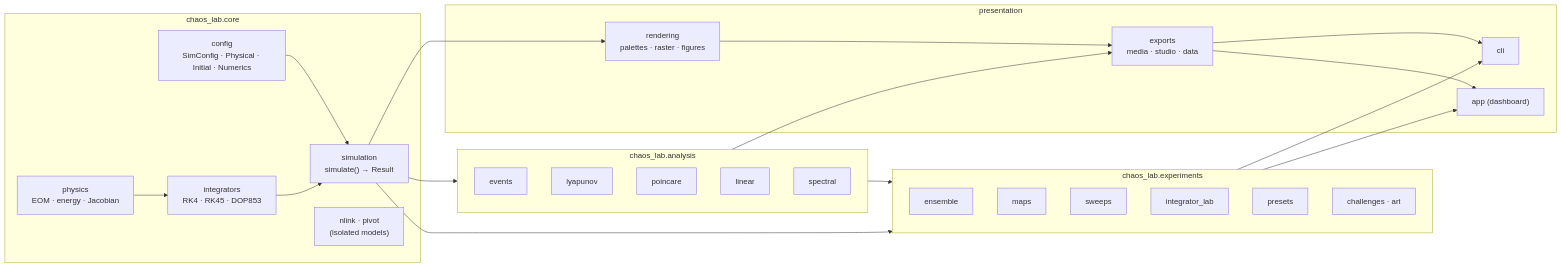
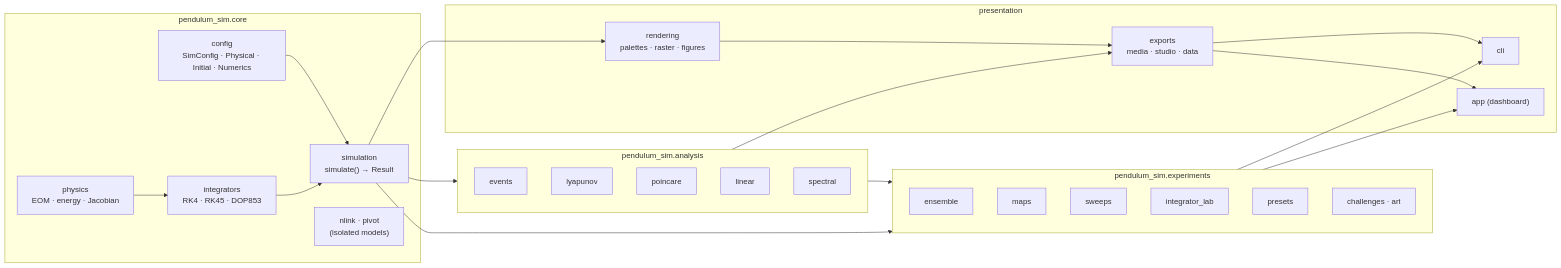
The diagram in docs/architecture.md (Krishiv-Vaid/double-pendulum), drawn with Mermaid before and after one commit. The commit also changed other lines of this file and 149 other files, not shown here.

First line of the commit message:
Rename to Double Pendulum Simulator (package pendulum_sim); CI manual-only

````diff
--- a/docs/architecture.md
+++ b/docs/architecture.md
@@ -3,42 +3,42 @@
 ```mermaid
 flowchart LR
-    subgraph core["chaos_lab.core"]
+    subgraph core["pendulum_sim.core"]
         CFG["config<br/>SimConfig · Physical · Initial · Numerics"]
         PHY["physics<br/>EOM · energy · Jacobian"]
         INT["integrators<br/>RK4 · RK45 · DOP853"]
         SIM["simulation<br/>simulate() → Result"]
         EXT["nlink · pivot<br/>(isolated models)"]
     end
-    subgraph analysis["chaos_lab.analysis"]
+    subgraph analysis["pendulum_sim.analysis"]
         EV["events"]
         LY["lyapunov"]
         PO["poincare"]
         LI["linear"]
         SP["spectral"]
     end
-    subgraph experiments["chaos_lab.experiments"]
+    subgraph experiments["pendulum_sim.experiments"]
         EN["ensemble"]
         MA["maps"]
         SW["sweeps"]
         IL["integrator_lab"]
         PR["presets"]
         CH["challenges · art"]
     end
     subgraph out["presentation"]
         RE["rendering<br/>palettes · raster · figures"]
         EXP["exports<br/>media · studio · data"]
         CLI["cli"]
         APP["app (dashboard)"]
     end
     CFG --> SIM
     PHY --> INT --> SIM
     SIM --> analysis
     SIM --> experiments
     analysis --> experiments
     SIM --> RE --> EXP
     analysis --> EXP
     EXP --> CLI
     experiments --> CLI
     EXP --> APP
     experiments --> APP
 ```
````
